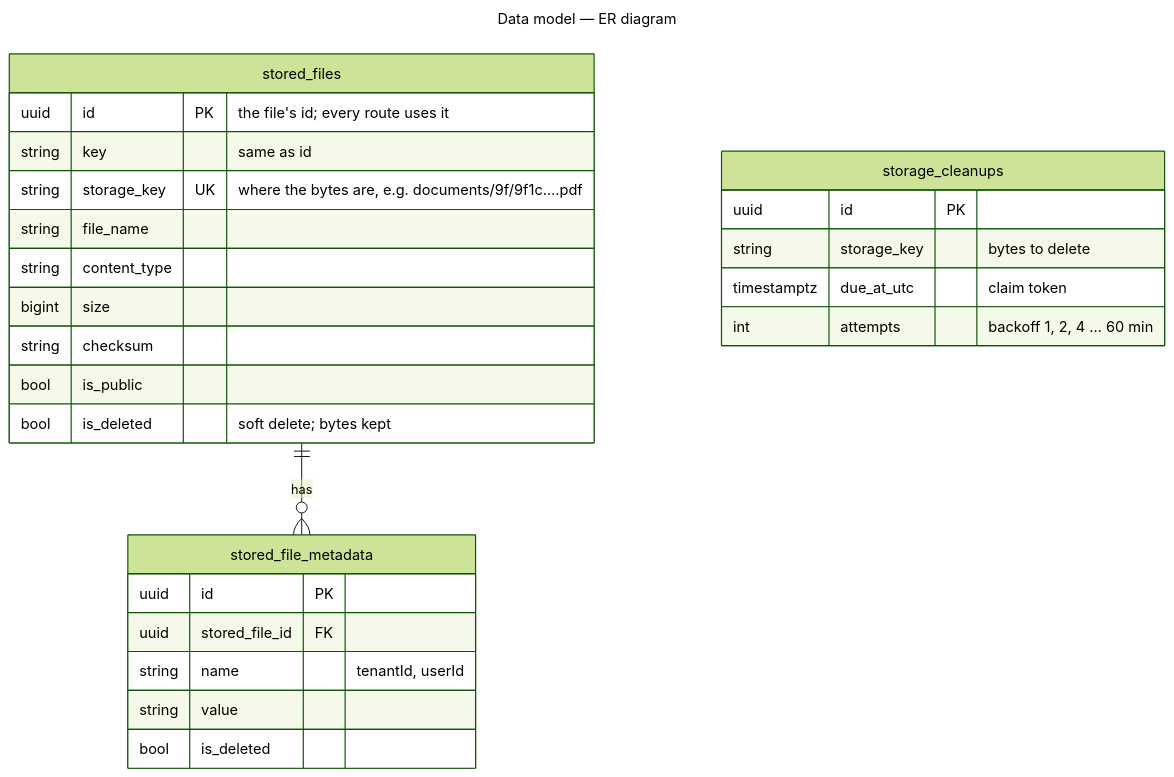
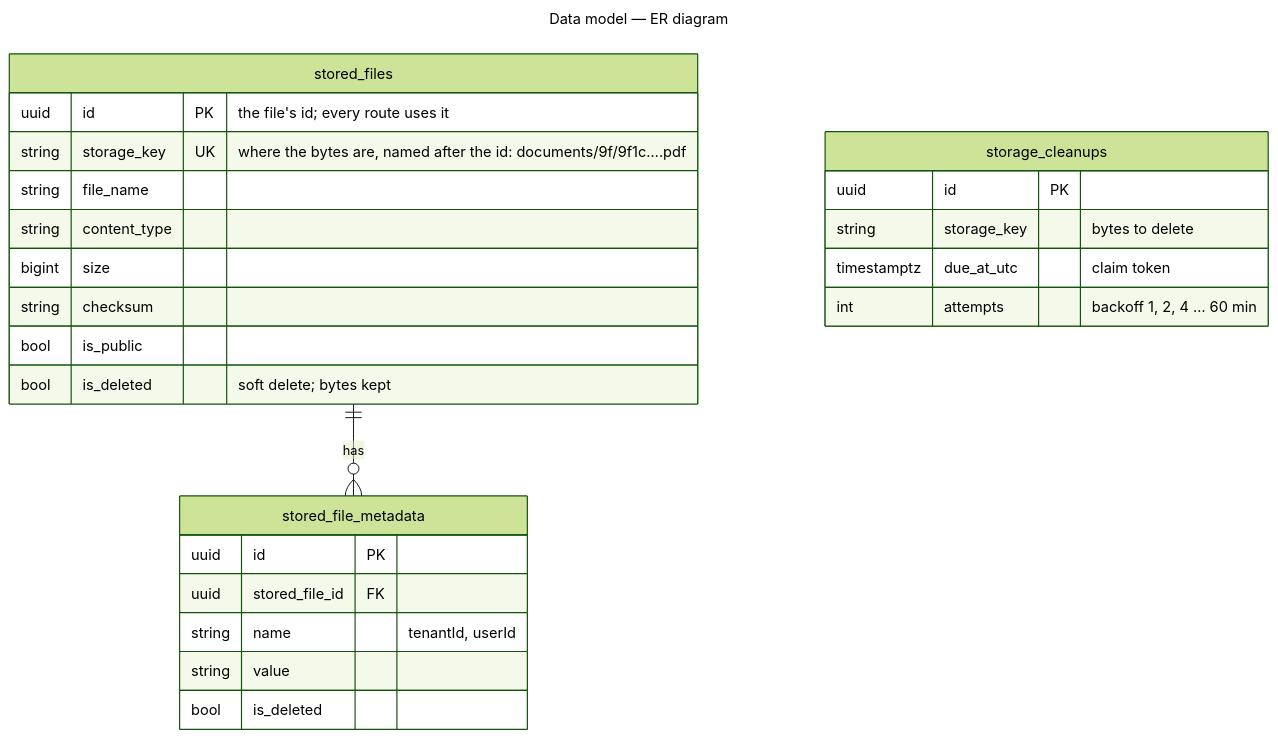
The third of 3 diagrams in docs/architecture.md (gmetskhvarishvili/GM.FileStorage.Samples), drawn with Mermaid (forest theme) before and after one commit. The commit also changed 30 other files, not shown here.

````diff
--- a/docs/architecture.md
+++ b/docs/architecture.md
@@ -93,31 +93,30 @@
 ```mermaid
 ---
 title: Data model — ER diagram
 ---
 erDiagram
     stored_files ||--o{ stored_file_metadata : has
     stored_files {
         uuid id PK "the file's id; every route uses it"
-        string key "same as id"
-        string storage_key UK "where the bytes are, e.g. documents/9f/9f1c….pdf"
+        string storage_key UK "where the bytes are, named after the id: documents/9f/9f1c….pdf"
         string file_name
         string content_type
         bigint size
         string checksum
         bool is_public
         bool is_deleted "soft delete; bytes kept"
     }
     stored_file_metadata {
         uuid id PK
         uuid stored_file_id FK
         string name "tenantId, userId"
         string value
         bool is_deleted
     }
     storage_cleanups {
         uuid id PK
         string storage_key "bytes to delete"
         timestamptz due_at_utc "claim token"
         int attempts "backoff 1, 2, 4 … 60 min"
     }
 ```
````
